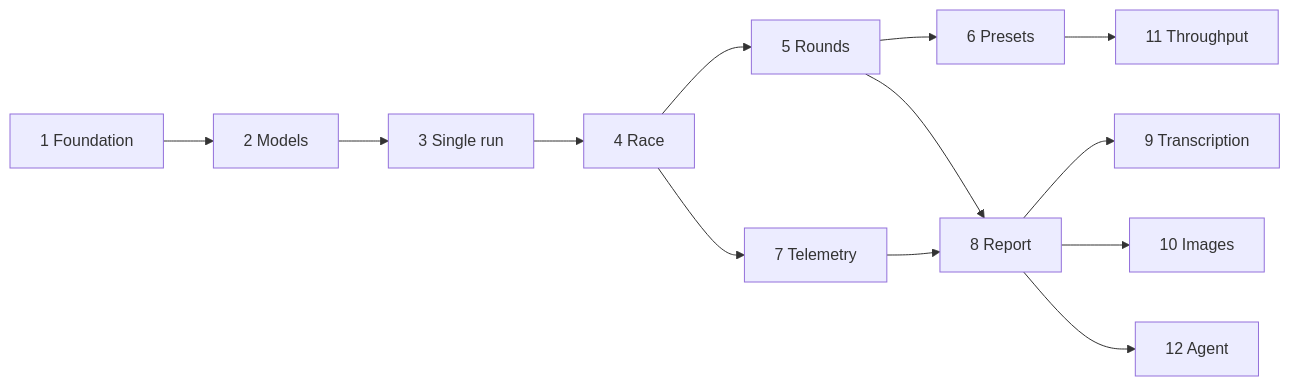
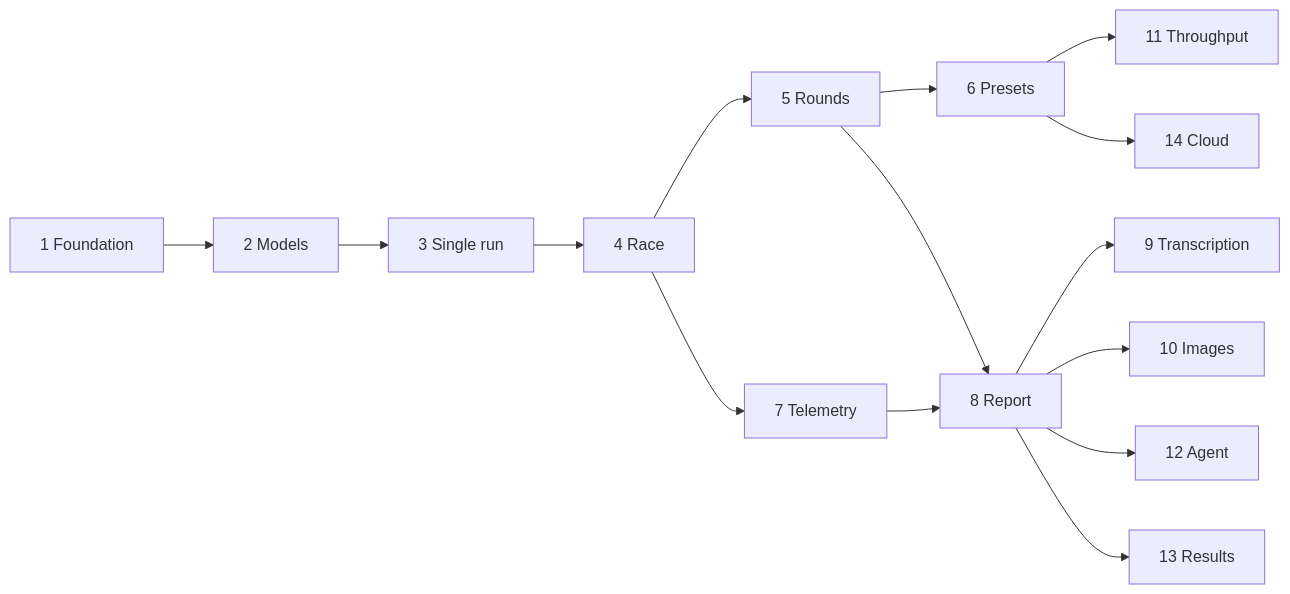
Before and after one commit to mnmohtasham/llm-head-to-head-benchmark: the diagram in ROADMAP.md, drawn with Mermaid. The commit also changed other lines of this file and 46 other files, not shown here.

````diff
--- a/ROADMAP.md
+++ b/ROADMAP.md
@@ -82,12 +82,14 @@
 ```mermaid
 flowchart LR
   P1[1 Foundation] --> P2[2 Models] --> P3[3 Single run] --> P4[4 Race]
   P4 --> P5[5 Rounds] --> P6[6 Presets]
   P4 --> P7[7 Telemetry]
   P5 --> P8[8 Report]
   P7 --> P8
   P8 --> P9[9 Transcription]
   P8 --> P10[10 Images]
   P6 --> P11[11 Throughput]
   P8 --> P12[12 Agent]
+  P8 --> P13[13 Results]
+  P6 --> P14[14 Cloud]
 ```
````
